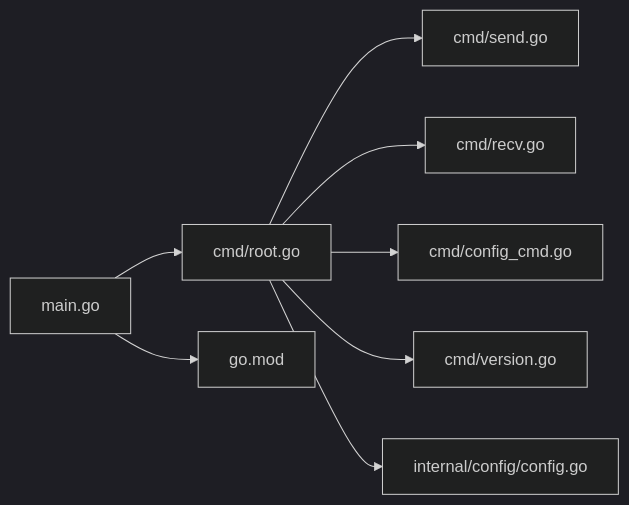
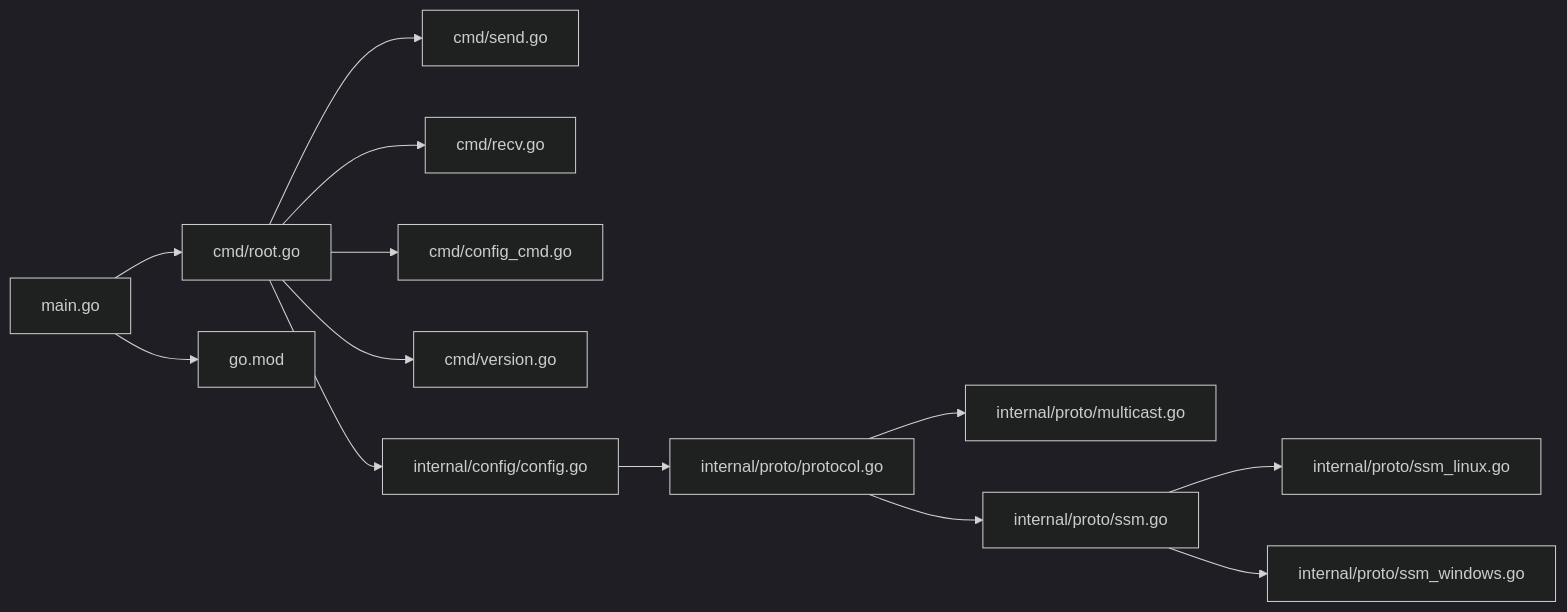
The third of 3 diagrams in .qoder/repowiki/zh/content/CLI 命令参考.md (yanzhen74/ping-x), drawn with Mermaid (dark theme) before and after one commit. The commit also changed other lines of this file and 16 other files, not shown here.

````diff
--- a/.qoder/repowiki/zh/content/CLI 命令参考.md
+++ b/.qoder/repowiki/zh/content/CLI 命令参考.md
@@ -238,10 +295,15 @@
 ```mermaid
 graph LR
 M["main.go"] --> CMD["cmd/root.go"]
 CMD --> SEND["cmd/send.go"]
 CMD --> RECV["cmd/recv.go"]
 CMD --> CFGCMD["cmd/config_cmd.go"]
 CMD --> VER["cmd/version.go"]
 CMD --> CONF["internal/config/config.go"]
+CONF --> PROTO["internal/proto/protocol.go"]
+PROTO --> MULT["internal/proto/multicast.go"]
+PROTO --> SSM["internal/proto/ssm.go"]
+SSM --> LINUX["internal/proto/ssm_linux.go"]
+SSM --> WIN["internal/proto/ssm_windows.go"]
 M --> MOD["go.mod"]
 ```
````
